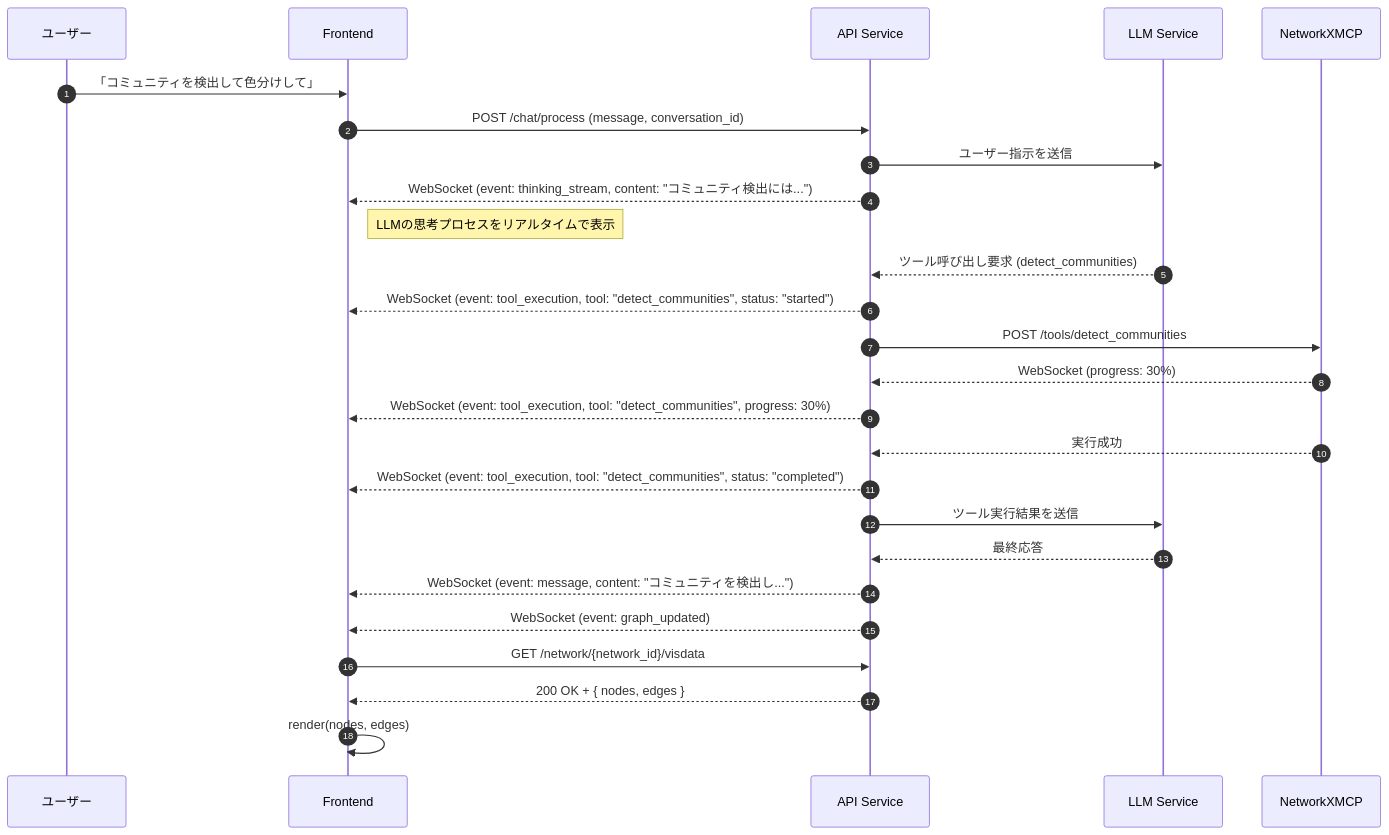
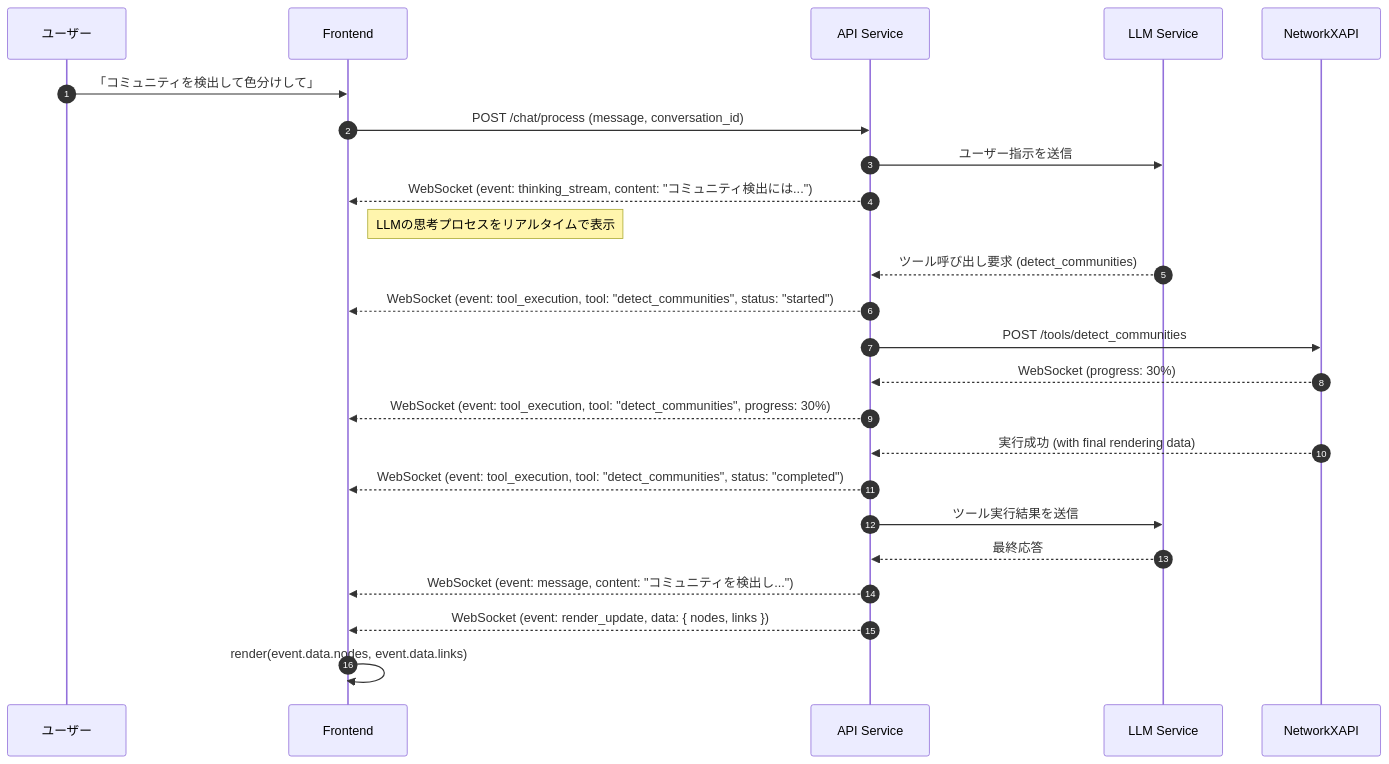
The fourth of 6 diagrams in specification/2_Technical_Details/6_Core_Workflows.md (vdslab/LLMGraphvis), drawn with Mermaid before and after one commit. The commit also changed other lines of this file and 22 other files, not shown here.

Commit message:
Remove outdated API and architecture specifications for LLMGraphvis and NetworkXMCP; update README to reflect changes in component naming.

````diff
--- a/specification/2_Technical_Details/6_Core_Workflows.md
+++ b/specification/2_Technical_Details/6_Core_Workflows.md
@@ -231,41 +233,39 @@
 ```mermaid
 sequenceDiagram
     autonumber
     participant U as ユーザー
     participant F as Frontend
     participant B as API Service
     participant LLM as LLM Service
-    participant N as NetworkXMCP
+    participant N as NetworkXAPI
 
     U->>F: 「コミュニティを検出して色分けして」
     F->>B: POST /chat/process (message, conversation_id)
     
     B->>LLM: ユーザー指示を送信
     
     %% LLMの思考プロセスをストリーミング
     B-->>F: WebSocket (event: thinking_stream, content: "コミュニティ検出には...")
     note right of F: LLMの思考プロセスをリアルタイムで表示
     
     LLM-->>B: ツール呼び出し要求 (detect_communities)
     
     %% ツール実行状況をストリーミング
     B-->>F: WebSocket (event: tool_execution, tool: "detect_communities", status: "started")
     B->>N: POST /tools/detect_communities
     
     %% 長時間実行の場合は進捗状況も通知
     N-->>B: WebSocket (progress: 30%)
     B-->>F: WebSocket (event: tool_execution, tool: "detect_communities", progress: 30%)
     
-    N-->>B: 実行成功
+    N-->>B: 実行成功 (with final rendering data)
     B-->>F: WebSocket (event: tool_execution, tool: "detect_communities", status: "completed")
     
     B->>LLM: ツール実行結果を送信
     LLM-->>B: 最終応答
     
     B-->>F: WebSocket (event: message, content: "コミュニティを検出し...")
-    B-->>F: WebSocket (event: graph_updated)
+    B-->>F: WebSocket (event: render_update, data: { nodes, links })
     
-    F->>B: GET /network/{network_id}/visdata
-    B-->>F: 200 OK + { nodes, edges }
-    F->>F: render(nodes, edges)
+    F->>F: render(event.data.nodes, event.data.links)
 ```
````
